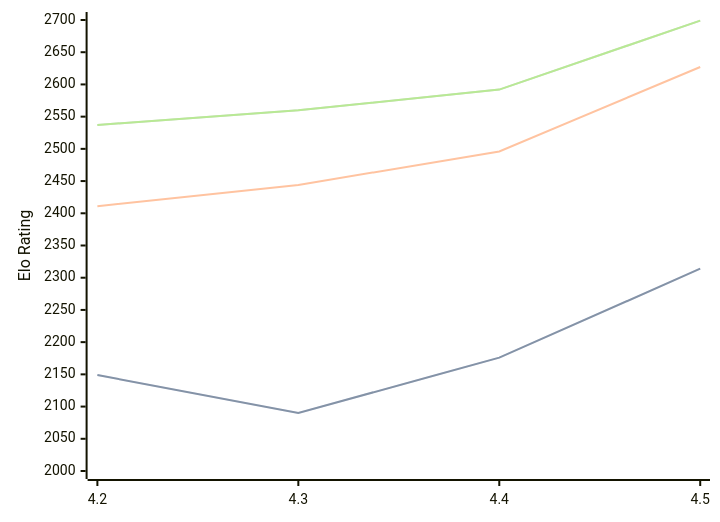
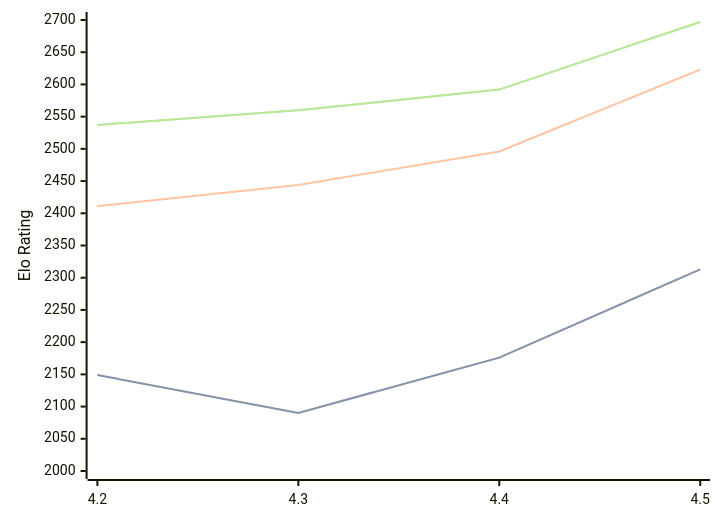
The diagram in engines/Eubos.md (computer-chess-index/cci), drawn with Mermaid before and after one commit. The commit also changed other lines of this file, not shown here.

Commit message:
Update CCI Ratings (ELO VLTC) - 2026-07-27

````diff
--- a/engines/Eubos.md
+++ b/engines/Eubos.md
@@ -90,11 +90,11 @@
 ```mermaid
 %%{init: {"theme":"base","themeVariables":{"seriesColors:['#a3a3a3','#222221','#faa371']}}}%%
 xychart-beta
   x-axis ["4.2", "4.3", "4.4", "4.5"]
   y-axis "Elo Rating" 2000 --> 2700
-  line "STC (8.0+0.08s)" [2149, 2090, 2176, 2314]
-  line "STC (8.0+0.08s)" [2149, 2090, 2176, 2314]
-  line "LTC (60.0+0.60s)" [2411, 2444, 2496, 2627]
-  line "VLTC (2m24s+1.12s)" [2537, 2560, 2592, 2699]
-  line "VLTC (2m24s+1.12s)" [2537, 2560, 2592, 2699]
+  line "STC (8.0+0.08s)" [2149, 2090, 2176, 2313]
+  line "STC (8.0+0.08s)" [2149, 2090, 2176, 2313]
+  line "LTC (60.0+0.60s)" [2411, 2444, 2496, 2623]
+  line "VLTC (2m24s+1.12s)" [2537, 2560, 2592, 2697]
+  line "VLTC (2m24s+1.12s)" [2537, 2560, 2592, 2697]
 ```
````
